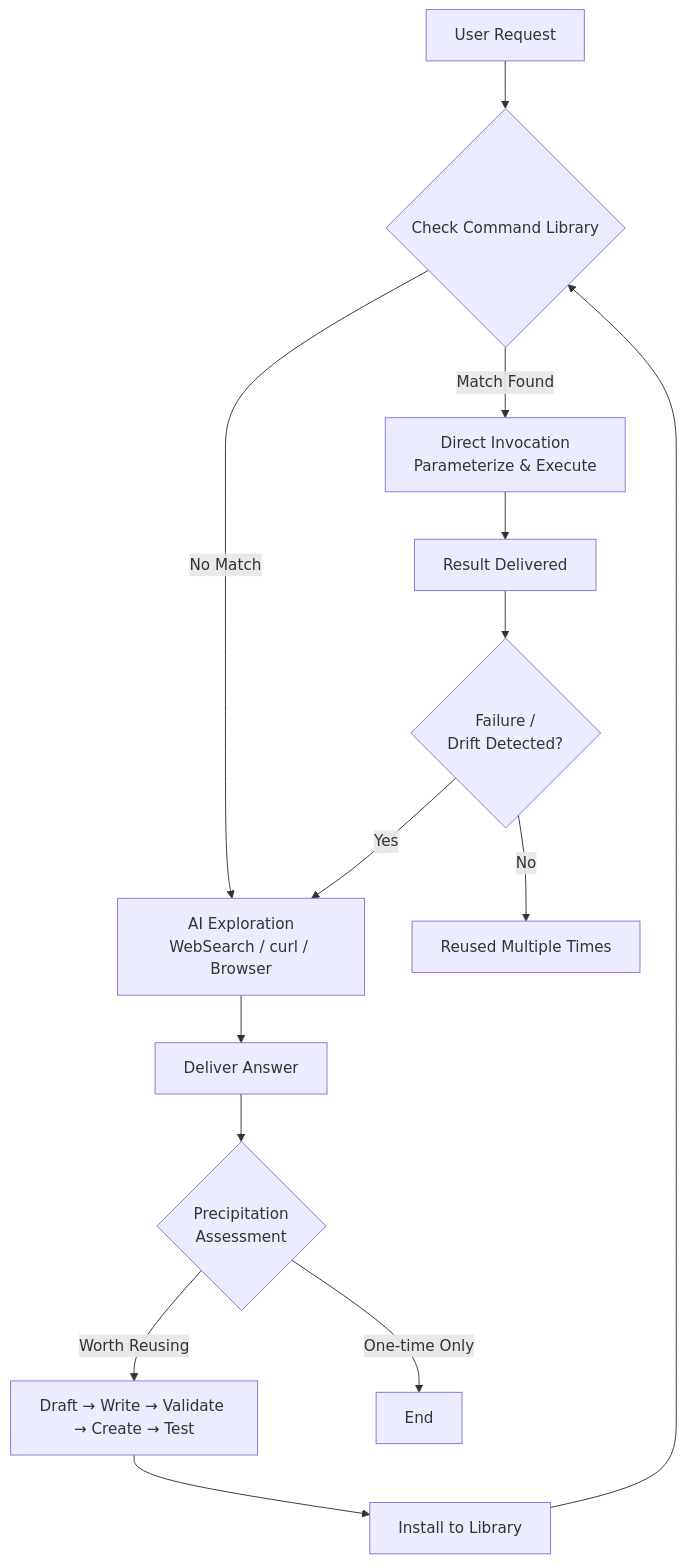
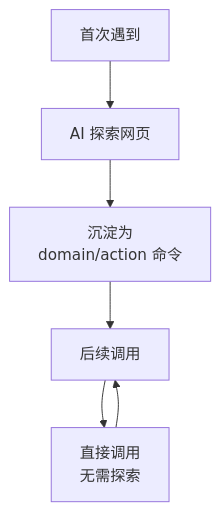
One commit to bqw1013/WebSculpt changed the diagram in README_zh.md. Above: the diagram before and after it, drawn with Mermaid. The commit also changed other lines of this file and 1 other file, not shown here.

Commit message:
docs: simplify mermaid diagram and add star history chart

````diff
--- a/README_zh.md
+++ b/README_zh.md
@@ -18,16 +18,8 @@
 ```mermaid
 flowchart TD
-    A[User Request] --> B{Check Command Library}
-    B -->|Match Found| C[Direct Invocation<br/>Parameterize & Execute]
-    B -->|No Match| D[AI Exploration<br/>WebSearch / curl / Browser]
-    D --> E[Deliver Answer]
-    E --> F{Precipitation<br/>Assessment}
-    F -->|Worth Reusing| G[Draft → Write → Validate → Create → Test]
-    G --> H[Install to Library]
-    H --> B
-    F -->|One-time Only| I[End]
-    C --> J[Result Delivered]
-    J --> K{Failure /<br/>Drift Detected?}
-    K -->|Yes| D
-    K -->|No| L[Reused Multiple Times]
+    A[首次遇到] --> B[AI 探索网页]
+    B --> C[沉淀为<br/>domain/action 命令]
+    C --> D[后续调用]
+    D --> E[直接调用<br/>无需探索]
+    E --> D
 ```
````
